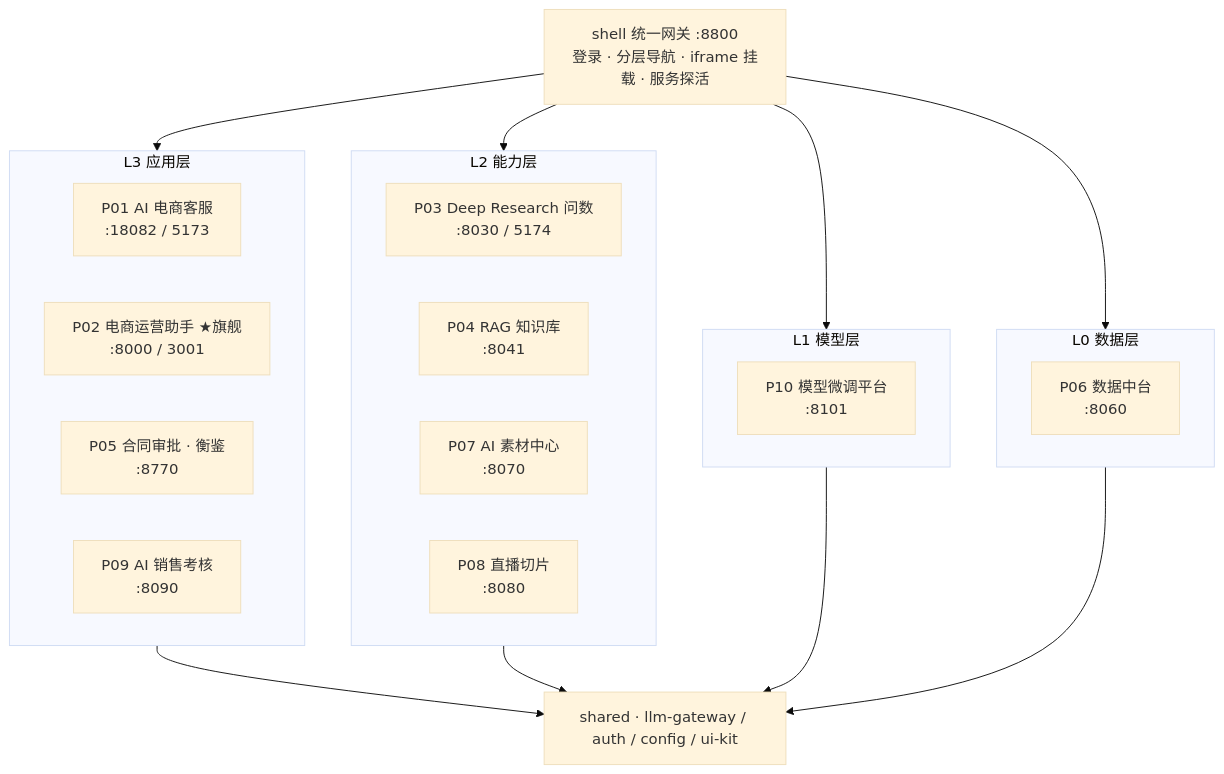
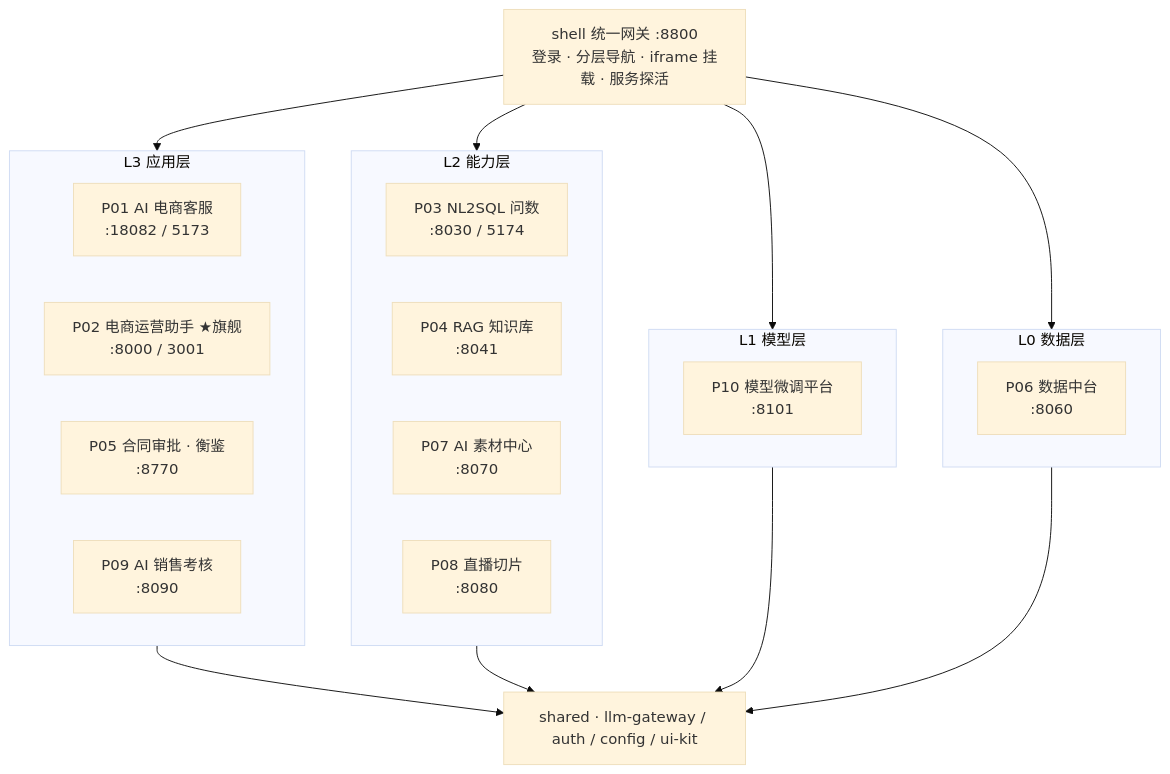
One commit to liyibo0410/LiYibo-Personal-Work-Matrix changed the first of 2 diagrams in README.md. Above: the diagram before and after it, drawn with Mermaid (base theme). The commit also changed other lines of this file and 666 other files, not shown here.

````diff
--- a/README.md
+++ b/README.md
@@ -32,31 +32,31 @@
 ```mermaid
 flowchart TB
   SHELL["shell 统一网关 :8800<br/>登录 · 分层导航 · iframe 挂载 · 服务探活"]
   subgraph L3["L3 应用层"]
     P01["P01 AI 电商客服<br/>:18082 / 5173"]
     P02["P02 电商运营助手 ★旗舰<br/>:8000 / 3001"]
     P05["P05 合同审批 · 衡鉴<br/>:8770"]
     P09["P09 AI 销售考核<br/>:8090"]
   end
   subgraph L2["L2 能力层"]
-    P03["P03 Deep Research 问数<br/>:8030 / 5174"]
+    P03["P03 NL2SQL 问数<br/>:8030 / 5174"]
     P04["P04 RAG 知识库<br/>:8041"]
     P07["P07 AI 素材中心<br/>:8070"]
     P08["P08 直播切片<br/>:8080"]
   end
   subgraph L1["L1 模型层"]
     P10["P10 模型微调平台<br/>:8101"]
   end
   subgraph L0["L0 数据层"]
     P06["P06 数据中台<br/>:8060"]
   end
   SH["shared · llm-gateway / auth / config / ui-kit"]
   SHELL --> L3
   SHELL --> L2
   SHELL --> L1
   SHELL --> L0
   L3 --> SH
   L2 --> SH
   L1 --> SH
   L0 --> SH
 ```
````
